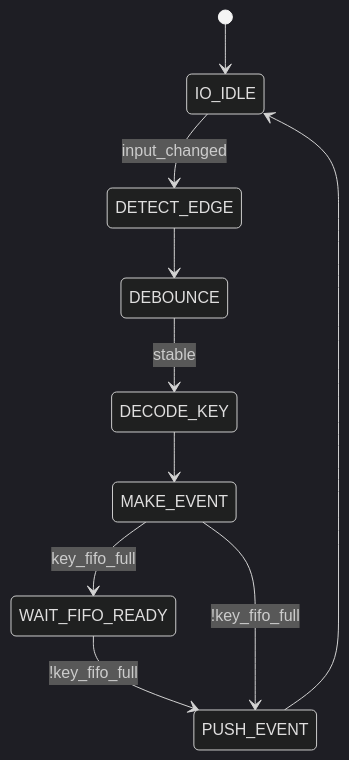
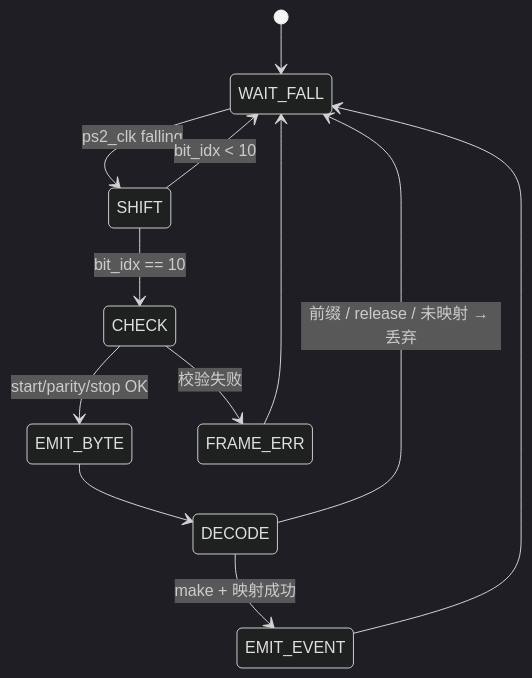
One commit to LorenzLorentz/Digtal_Logic_Design changed the fourth of 11 diagrams in README.md. Above: the diagram before and after it, drawn with Mermaid (dark theme). The commit also changed other lines of this file and 2 other files, not shown here.

````diff
--- a/README.md
+++ b/README.md
@@ -350,13 +286,14 @@
 ```mermaid
 stateDiagram-v2
-    [*] --> IO_IDLE
-
-    IO_IDLE --> DETECT_EDGE: input_changed
-    DETECT_EDGE --> DEBOUNCE
-    DEBOUNCE --> DECODE_KEY: stable
-    DECODE_KEY --> MAKE_EVENT
-    MAKE_EVENT --> WAIT_FIFO_READY: key_fifo_full
-    WAIT_FIFO_READY --> PUSH_EVENT: !key_fifo_full
-    MAKE_EVENT --> PUSH_EVENT: !key_fifo_full
-    PUSH_EVENT --> IO_IDLE
+    [*] --> WAIT_FALL
+    WAIT_FALL --> SHIFT: ps2_clk falling
+    SHIFT --> CHECK: bit_idx == 10
+    SHIFT --> WAIT_FALL: bit_idx < 10
+    CHECK --> EMIT_BYTE: start/parity/stop OK
+    CHECK --> FRAME_ERR: 校验失败
+    EMIT_BYTE --> DECODE
+    FRAME_ERR --> WAIT_FALL
+    DECODE --> WAIT_FALL: 前缀 / release / 未映射 → 丢弃
+    DECODE --> EMIT_EVENT: make + 映射成功
+    EMIT_EVENT --> WAIT_FALL
 ```
````
